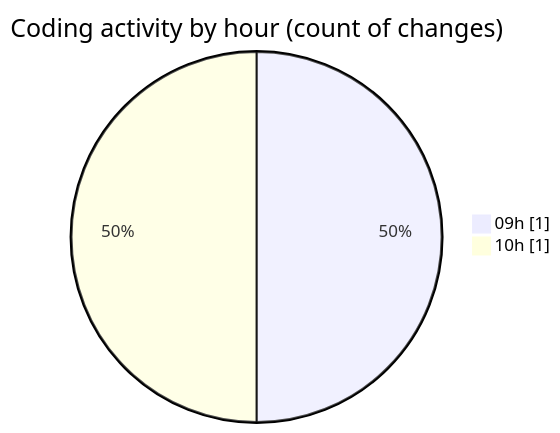
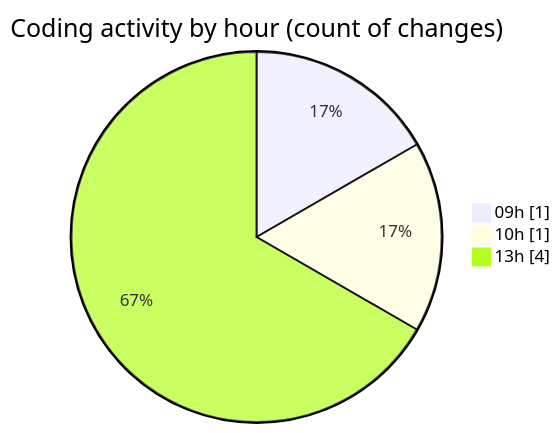
The second of 2 diagrams in 2025-06-03/totem/README.md (LanceThiago/code-tracking), drawn with Mermaid before and after one commit. The commit also changed other lines of this file and 1 other file, not shown here.

````diff
--- a/2025-06-03/totem/README.md
+++ b/2025-06-03/totem/README.md
@@ -28,6 +31,7 @@
 ```mermaid
 pie showData
 title Coding activity by hour (count of changes)
 "09h" : 1
 "10h" : 1
+"13h" : 4
 ```
````
